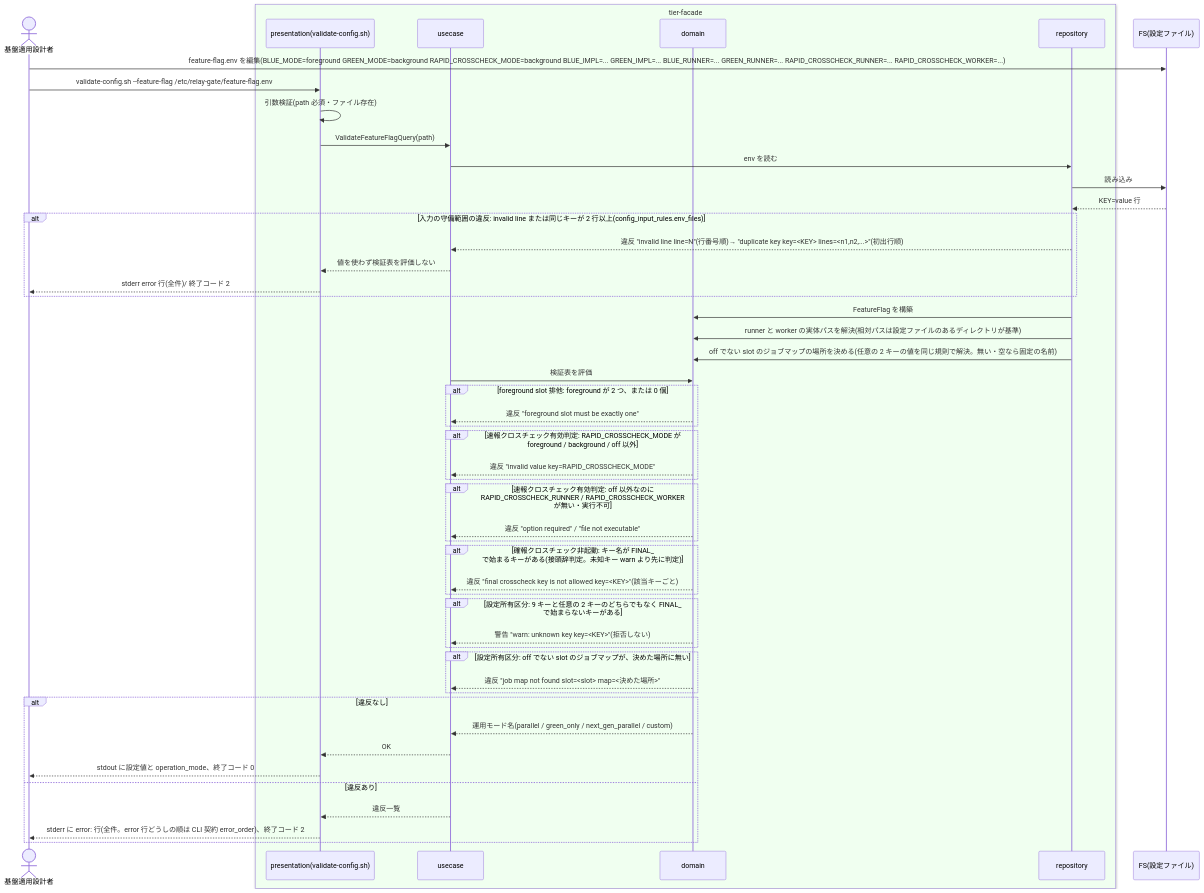
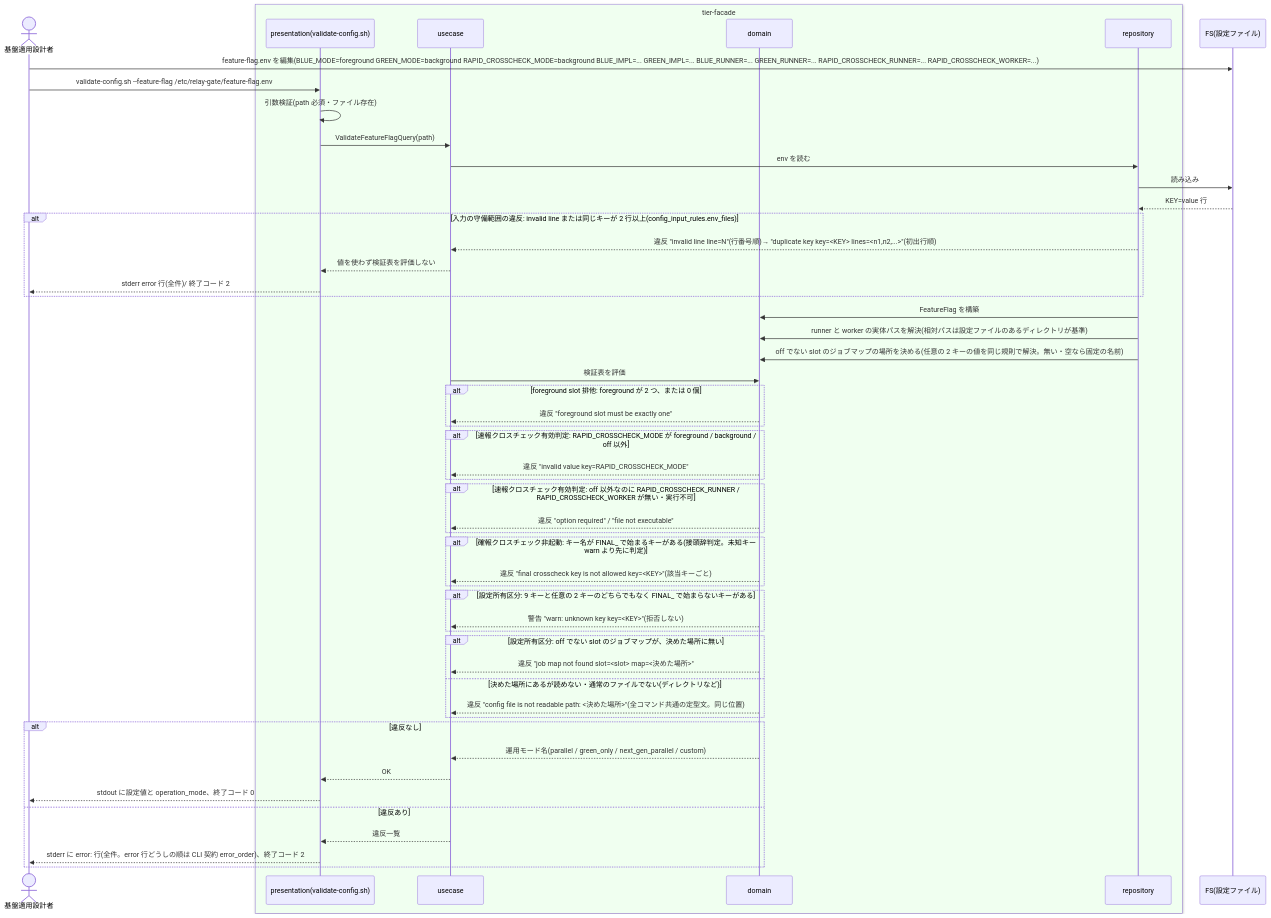
The second of 2 diagrams in docs/specs/latest/適用構成業務/適用構成定義フロー/feature flag を設定する/spec.md (suwa-sh/relay-gate), drawn with Mermaid before and after one commit. The commit also changed 384 other files, not shown here.

````diff
--- a/docs/specs/latest/適用構成業務/適用構成定義フロー/feature flag を設定する/spec.md
+++ b/docs/specs/latest/適用構成業務/適用構成定義フロー/feature flag を設定する/spec.md
@@ -41,54 +41,56 @@
 ```mermaid
 sequenceDiagram
   actor Designer as 基盤適用設計者
   box rgb(240,255,240) tier-facade
     participant Pres as presentation(validate-config.sh)
     participant UC as usecase
     participant Dom as domain
     participant Repo as repository
   end
   participant FS as FS(設定ファイル)
 
   Designer->>FS: feature-flag.env を編集(BLUE_MODE=foreground GREEN_MODE=background RAPID_CROSSCHECK_MODE=background BLUE_IMPL=... GREEN_IMPL=... BLUE_RUNNER=... GREEN_RUNNER=... RAPID_CROSSCHECK_RUNNER=... RAPID_CROSSCHECK_WORKER=...)
   Designer->>Pres: validate-config.sh --feature-flag /etc/relay-gate/feature-flag.env
   Pres->>Pres: 引数検証(path 必須・ファイル存在)
   Pres->>UC: ValidateFeatureFlagQuery(path)
   UC->>Repo: env を読む
   Repo->>FS: 読み込み
   FS-->>Repo: KEY=value 行
   alt 入力の守備範囲の違反: invalid line または同じキーが 2 行以上(config_input_rules.env_files)
     Repo-->>UC: 違反 "invalid line line=N"(行番号順)→ "duplicate key key=<KEY> lines=<n1,n2,...>"(初出行順)
     UC-->>Pres: 値を使わず検証表を評価しない
     Pres-->>Designer: stderr error 行(全件)/ 終了コード 2
   end
   Repo->>Dom: FeatureFlag を構築
   Repo->>Dom: runner と worker の実体パスを解決(相対パスは設定ファイルのあるディレクトリが基準)
   Repo->>Dom: off でない slot のジョブマップの場所を決める(任意の 2 キーの値を同じ規則で解決。無い・空なら固定の名前)
   UC->>Dom: 検証表を評価
   alt foreground slot 排他: foreground が 2 つ、または 0 個
     Dom-->>UC: 違反 "foreground slot must be exactly one"
   end
   alt 速報クロスチェック有効判定: RAPID_CROSSCHECK_MODE が foreground / background / off 以外
     Dom-->>UC: 違反 "invalid value key=RAPID_CROSSCHECK_MODE"
   end
   alt 速報クロスチェック有効判定: off 以外なのに RAPID_CROSSCHECK_RUNNER / RAPID_CROSSCHECK_WORKER が無い・実行不可
     Dom-->>UC: 違反 "option required" / "file not executable"
   end
   alt 確報クロスチェック非起動: キー名が FINAL_ で始まるキーがある(接頭辞判定。未知キー warn より先に判定)
     Dom-->>UC: 違反 "final crosscheck key is not allowed key=<KEY>"(該当キーごと)
   end
   alt 設定所有区分: 9 キーと任意の 2 キーのどちらでもなく FINAL_ で始まらないキーがある
     Dom-->>UC: 警告 "warn: unknown key key=<KEY>"(拒否しない)
   end
   alt 設定所有区分: off でない slot のジョブマップが、決めた場所に無い
     Dom-->>UC: 違反 "job map not found slot=<slot> map=<決めた場所>"
+  else 決めた場所にあるが読めない・通常のファイルでない(ディレクトリなど)
+    Dom-->>UC: 違反 "config file is not readable path: <決めた場所>"(全コマンド共通の定型文。同じ位置)
   end
   alt 違反なし
     Dom-->>UC: 運用モード名(parallel / green_only / next_gen_parallel / custom)
     UC-->>Pres: OK
     Pres-->>Designer: stdout に設定値と operation_mode、終了コード 0
   else 違反あり
     UC-->>Pres: 違反一覧
     Pres-->>Designer: stderr に error: 行(全件。error 行どうしの順は CLI 契約 error_order)、終了コード 2
   end
 ```
````
